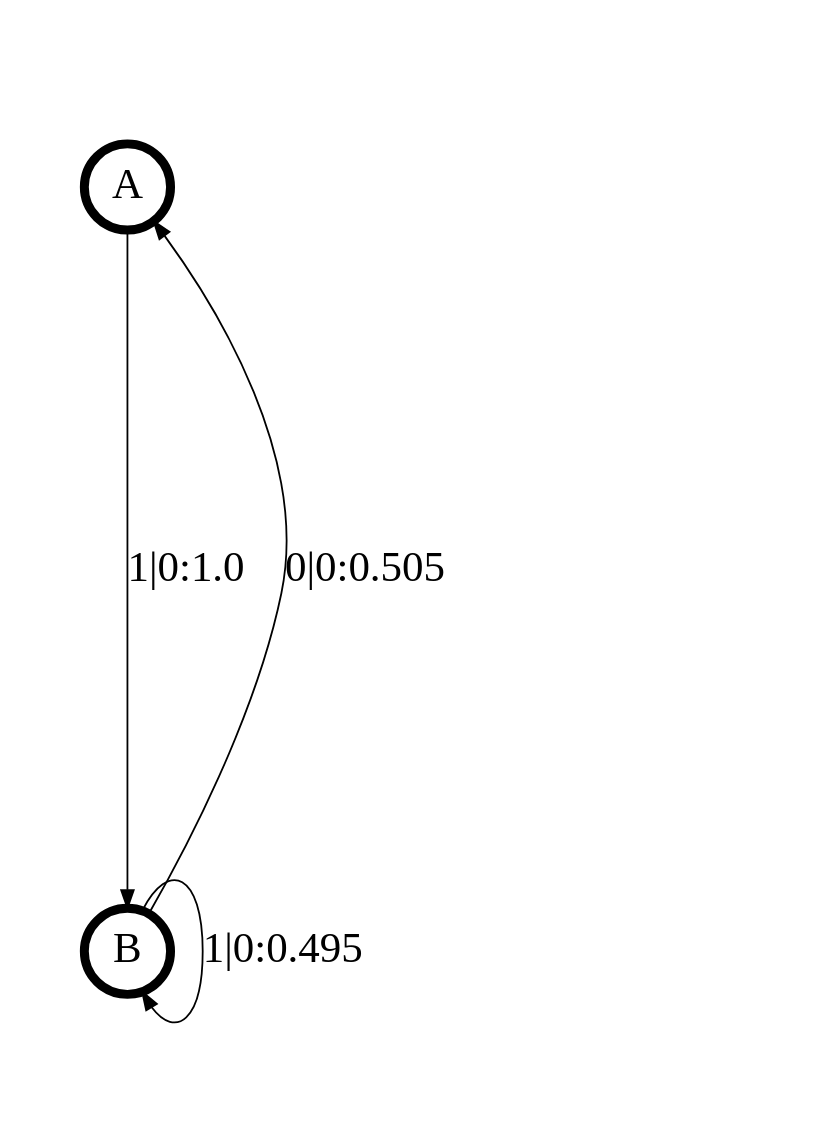
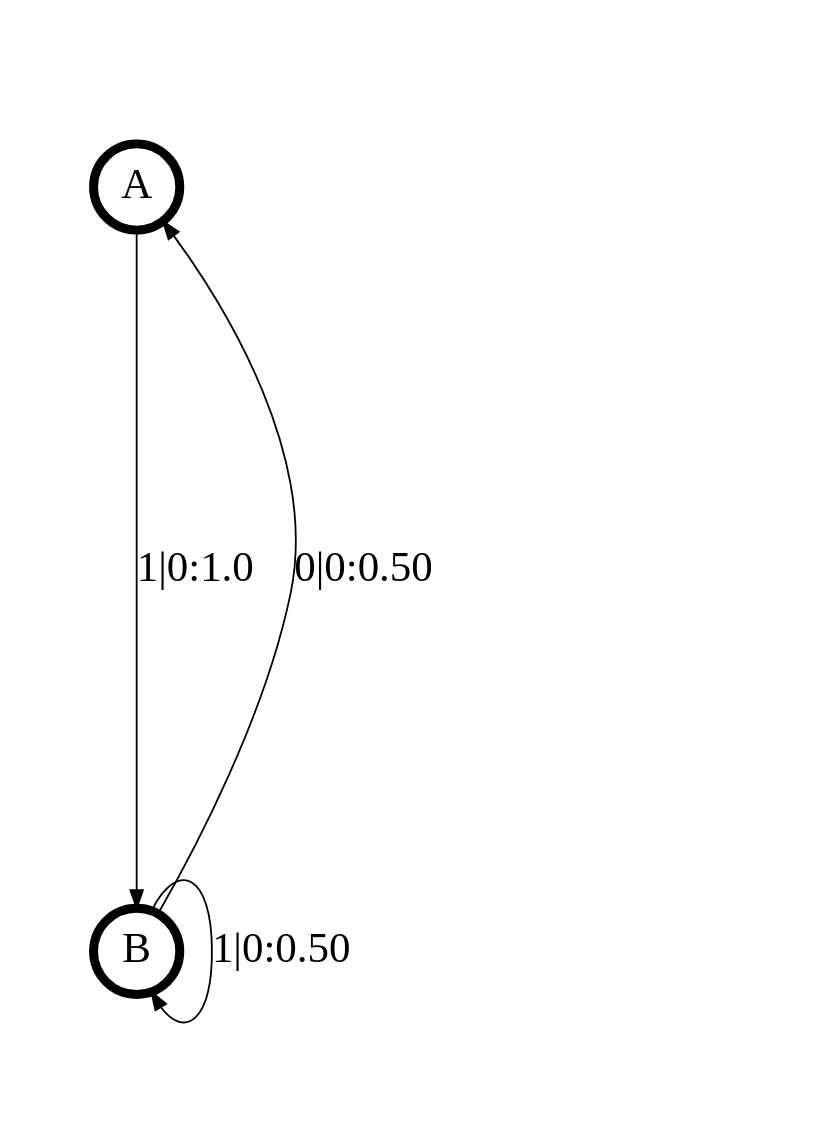
The diagram in transCSSR_results/+golden-mean.dot (ddarmon/transCSSR), drawn with Graphviz before and after one commit. The commit also changed 3 other files, not shown here.

```diff
--- a/transCSSR_results/+golden-mean.dot
+++ b/transCSSR_results/+golden-mean.dot
@@ -1,15 +1,15 @@
 digraph  {
 size = "6,8.5";
 ratio = "fill";
 node
 [shape = circle];
 node [fontsize = 24];
 node [penwidth = 5];
 edge [fontsize = 24];
 node [fontname = "CMU Serif Roman"];
 graph [fontname = "CMU Serif Roman"];
 edge [fontname = "CMU Serif Roman"];
 A -> B [label = "1|0:1.0\l"];
-B -> A [label = "0|0:0.505\l"];
-B -> B [label = "1|0:0.495\l"];
+B -> A [label = "0|0:0.50\l"];
+B -> B [label = "1|0:0.50\l"];
 }
```
